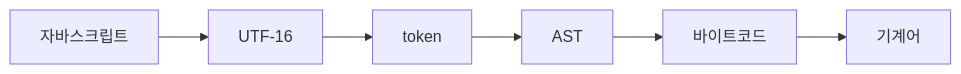
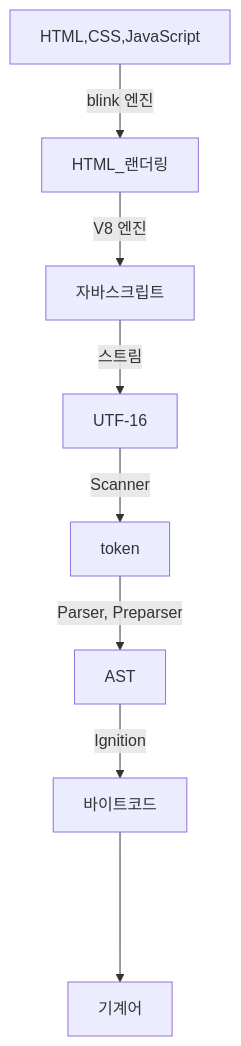
Before and after one commit to arch-spatula/arch-spatula.github.io: the diagram in js-ts-cookbook/02-core/02-compile.md, drawn with Mermaid. The commit also changed other lines of this file, not shown here.

Commit message:
revise: 자바스크립트 컴파일 도식화 보완 #123

````diff
--- a/js-ts-cookbook/02-core/02-compile.md
+++ b/js-ts-cookbook/02-core/02-compile.md
@@ -56,4 +61,4 @@
 ```mermaid
-flowchart LR
-    자바스크립트 --> UTF-16 --> token --> AST --> 바이트코드 --> 기계어
+flowchart TB
+    HTML,CSS,JavaScript -- blink 엔진 --> HTML_랜더링 -- V8 엔진 --> 자바스크립트 -- 스트림 --> UTF-16 -- Scanner --> token -- Parser, Preparser --> AST -- Ignition --> 바이트코드 ----> 기계어
 ```
````
